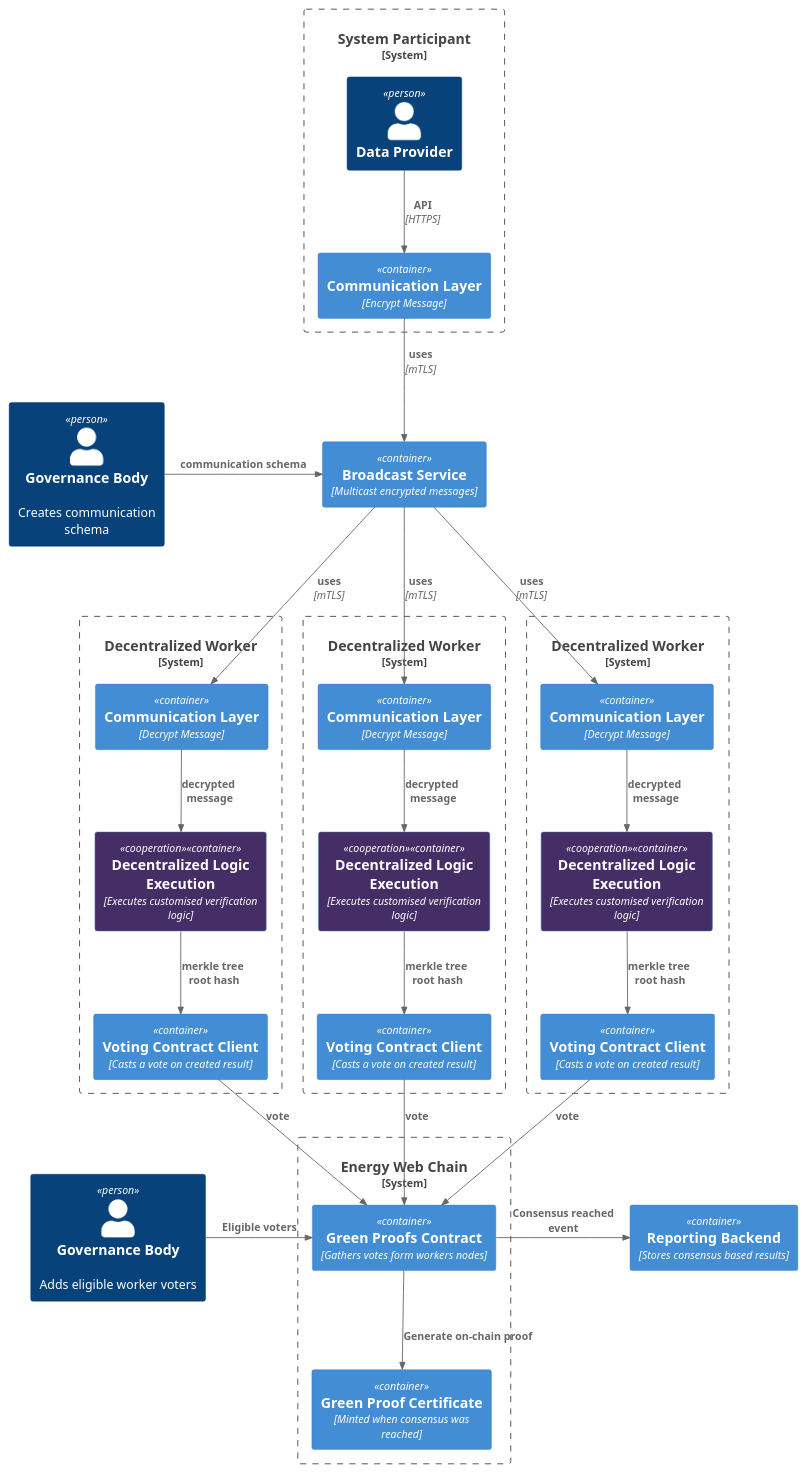
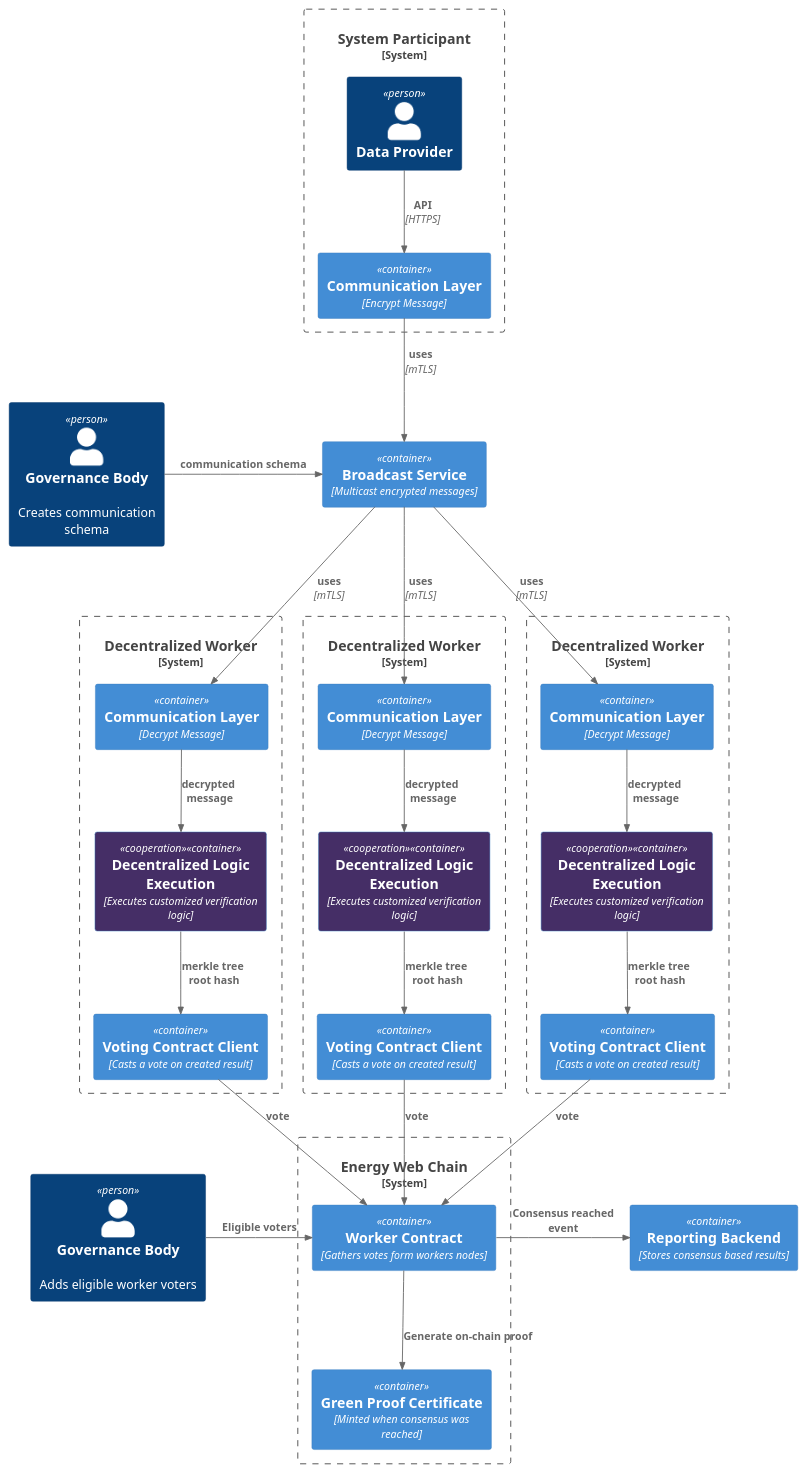
Before and after one commit to energywebfoundation/worker-contract: the diagram in architecture/green_proofs.plantuml, drawn with PlantUML. The commit also changed 77 other files, not shown here.

```diff
--- a/architecture/green_proofs.plantuml
+++ b/architecture/green_proofs.plantuml
@@ -1,65 +1,65 @@
-@startuml GreenProofs
+@startuml Worker Contract
 !include https://raw.githubusercontent.com/plantuml-stdlib/C4-PlantUML/master/C4_Container.puml
 
 AddElementTag("cooperation", $bgColor="#452E66")
 
 Container(broadcast, "Broadcast Service", "Multicast encrypted messages")
 Container(cache, "Reporting Backend", "Stores consensus based results")
 
 System_Boundary(participant1, "System Participant") {
   Person(provider, "Data Provider")
   Container(communication_client1, "Communication Layer", "Encrypt Message" )
 }
 
 Person(gov, "Governance Body", "Creates communication schema")
 Person(gov_1, "Governance Body", "Adds eligible worker voters")
 
 System_Boundary(worker_node1, "Decentralized Worker") {
   Container(communication1, "Communication Layer", "Decrypt Message" )
-  Container(worker1, "Decentralized Logic Execution", "Executes customised verification logic", $tags="cooperation")
+  Container(worker1, "Decentralized Logic Execution", "Executes customized verification logic", $tags="cooperation")
   Container(contractClient1, "Voting Contract Client", "Casts a vote on created result")
 }
 
 System_Boundary(worker_node2, "Decentralized Worker") {
   Container(communication2, "Communication Layer", "Decrypt Message" )
-  Container(worker2, "Decentralized Logic Execution", "Executes customised verification logic", $tags="cooperation")
+  Container(worker2, "Decentralized Logic Execution", "Executes customized verification logic", $tags="cooperation")
   Container(contractClient2, "Voting Contract Client", "Casts a vote on created result")
 }
 
 System_Boundary(worker_node3, "Decentralized Worker") {
   Container(communication3, "Communication Layer", "Decrypt Message" )
-  Container(worker3, "Decentralized Logic Execution", "Executes customised verification logic", $tags="cooperation")
+  Container(worker3, "Decentralized Logic Execution", "Executes customized verification logic", $tags="cooperation")
   Container(contractClient3, "Voting Contract Client", "Casts a vote on created result")
 }
 
 System_Boundary(ewc, "Energy Web Chain") {
-  Container(votingContract, "Green Proofs Contract", "Gathers votes form workers nodes")
+  Container(votingContract, "Worker Contract", "Gathers votes form workers nodes")
   Container(nft, "Green Proof Certificate", "Minted when consensus was reached")
 }
 
 Rel(provider, communication_client1, "API", "HTTPS")
 Rel(communication_client1, broadcast, "uses", "mTLS")
 
 Rel_R(gov, broadcast, "communication schema")
 
 Rel(communication1, worker1, "decrypted\n message")
 Rel(worker1, contractClient1, "merkle tree\n root hash")
 Rel(contractClient1, votingContract, "vote")
 Rel(broadcast, communication1, "uses", "mTLS")
 
 Rel(communication2, worker2, "decrypted\n message")
 Rel(worker2, contractClient2, "merkle tree\n root hash")
 Rel(contractClient2, votingContract, "vote")
 Rel(broadcast, communication2, "uses", "mTLS")
 
 Rel(communication3, worker3, "decrypted\n message")
 Rel(worker3, contractClient3, "merkle tree\n root hash")
 Rel(contractClient3, votingContract, "vote")
 Rel(broadcast, communication3, "uses", "mTLS")
 
 Rel(votingContract, nft, "Generate on-chain proof")
 Rel_R(votingContract, cache, "Consensus reached event")
 Rel_R(gov_1, votingContract, "Eligible voters")
 Lay_L(votingContract, gov_1)
 
 @enduml
```
